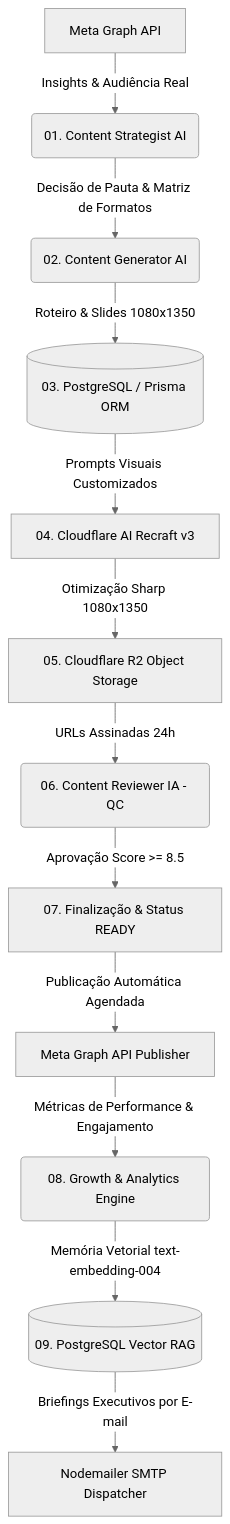
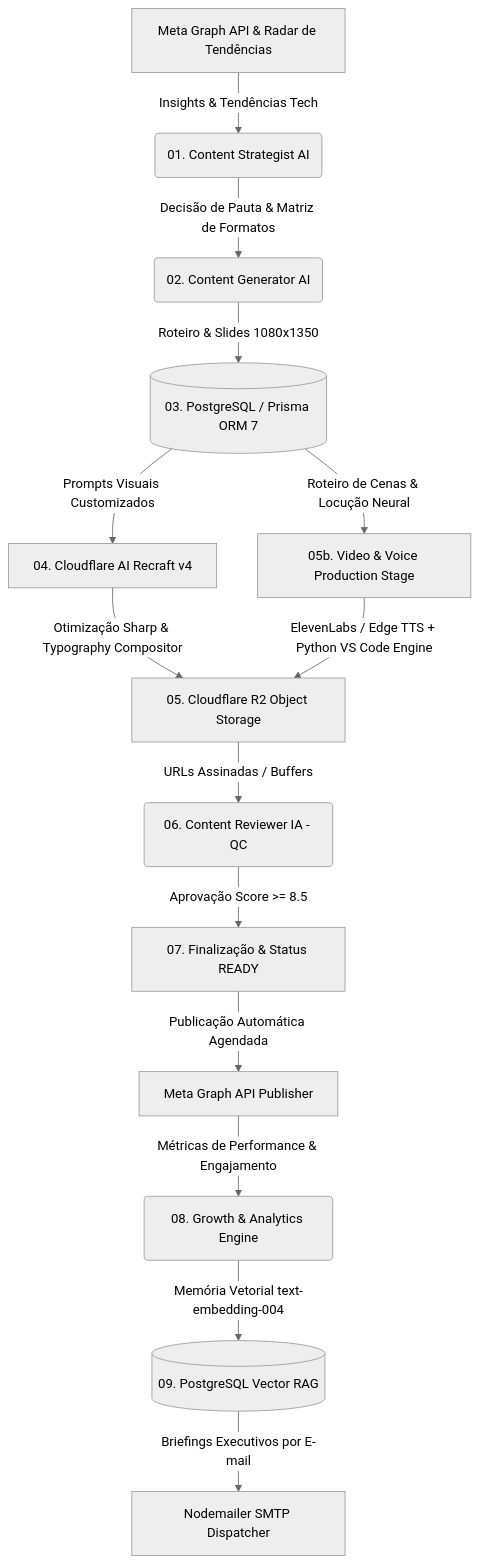
The diagram in README.md (Intern-Yago/Syrius-Agent), drawn with Mermaid (neutral theme) before and after one commit. The commit also changed other lines of this file and 107 other files, not shown here.

````diff
--- a/README.md
+++ b/README.md
@@ -17,14 +17,16 @@
 ```mermaid
 flowchart TD
-    A[Meta Graph API] -->|Insights & Audiência Real| B(01. Content Strategist AI)
+    A[Meta Graph API & Radar de Tendências] -->|Insights & Tendências Tech| B(01. Content Strategist AI)
     B -->|Decisão de Pauta & Matriz de Formatos| C(02. Content Generator AI)
-    C -->|Roteiro & Slides 1080x1350| D[(03. PostgreSQL / Prisma ORM)]
-    D -->|Prompts Visuais Customizados| E[04. Cloudflare AI Recraft v3]
-    E -->|Otimização Sharp 1080x1350| F[05. Cloudflare R2 Object Storage]
-    F -->|URLs Assinadas 24h| G(06. Content Reviewer IA - QC)
-    G -->|Aprovação Score >= 8.5| H[07. Finalização & Status READY]
-    H -->|Publicação Automática Agendada| I[Meta Graph API Publisher]
-    I -->|Métricas de Performance & Engajamento| J(08. Growth & Analytics Engine)
-    J -->|Memória Vetorial text-embedding-004| K[(09. PostgreSQL Vector RAG)]
-    K -->|Briefings Executivos por E-mail| L[Nodemailer SMTP Dispatcher]
+    C -->|Roteiro & Slides 1080x1350| D[(03. PostgreSQL / Prisma ORM 7)]
+    D -->|Prompts Visuais Customizados| E[04. Cloudflare AI Recraft v4]
+    E -->|Otimização Sharp & Typography Compositor| F[05. Cloudflare R2 Object Storage]
+    D -->|Roteiro de Cenas & Locução Neural| G[05b. Video & Voice Production Stage]
+    G -->|ElevenLabs / Edge TTS + Python VS Code Engine| F
+    F -->|URLs Assinadas / Buffers| H(06. Content Reviewer IA - QC)
+    H -->|Aprovação Score >= 8.5| I[07. Finalização & Status READY]
+    I -->|Publicação Automática Agendada| J[Meta Graph API Publisher]
+    J -->|Métricas de Performance & Engajamento| K(08. Growth & Analytics Engine)
+    K -->|Memória Vetorial text-embedding-004| L[(09. PostgreSQL Vector RAG)]
+    L -->|Briefings Executivos por E-mail| M[Nodemailer SMTP Dispatcher]
 ```
````
